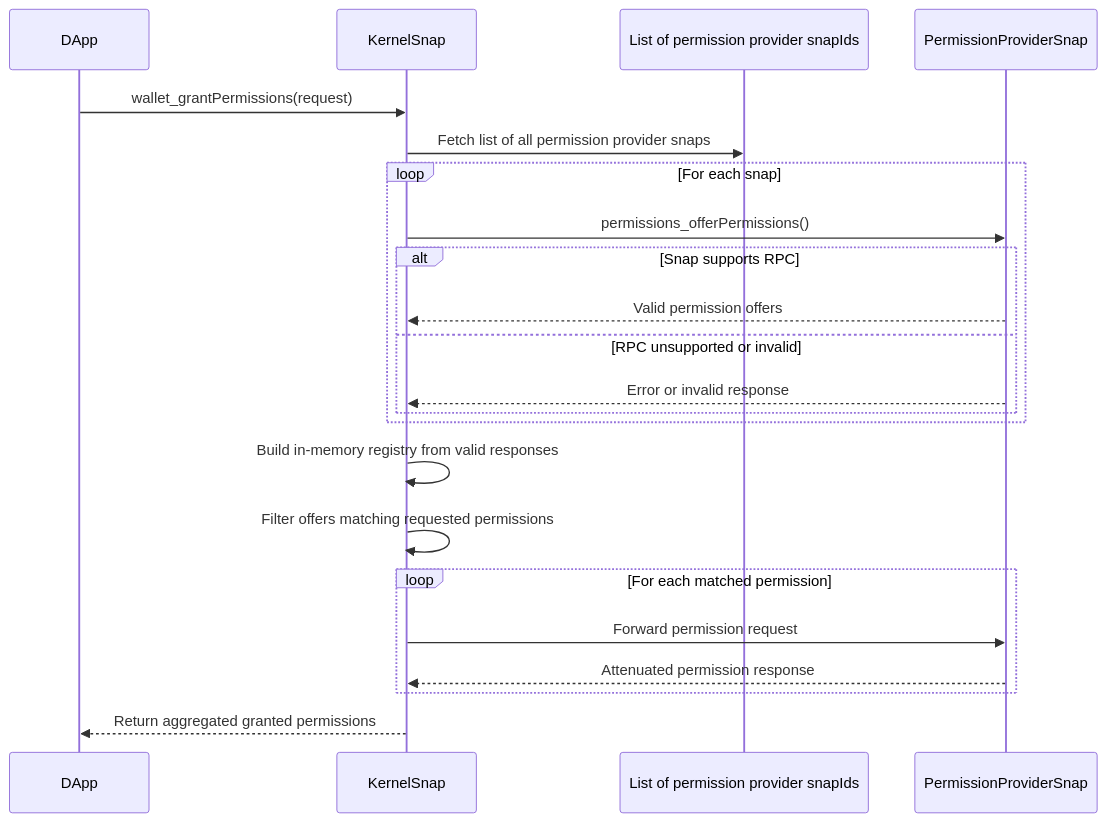
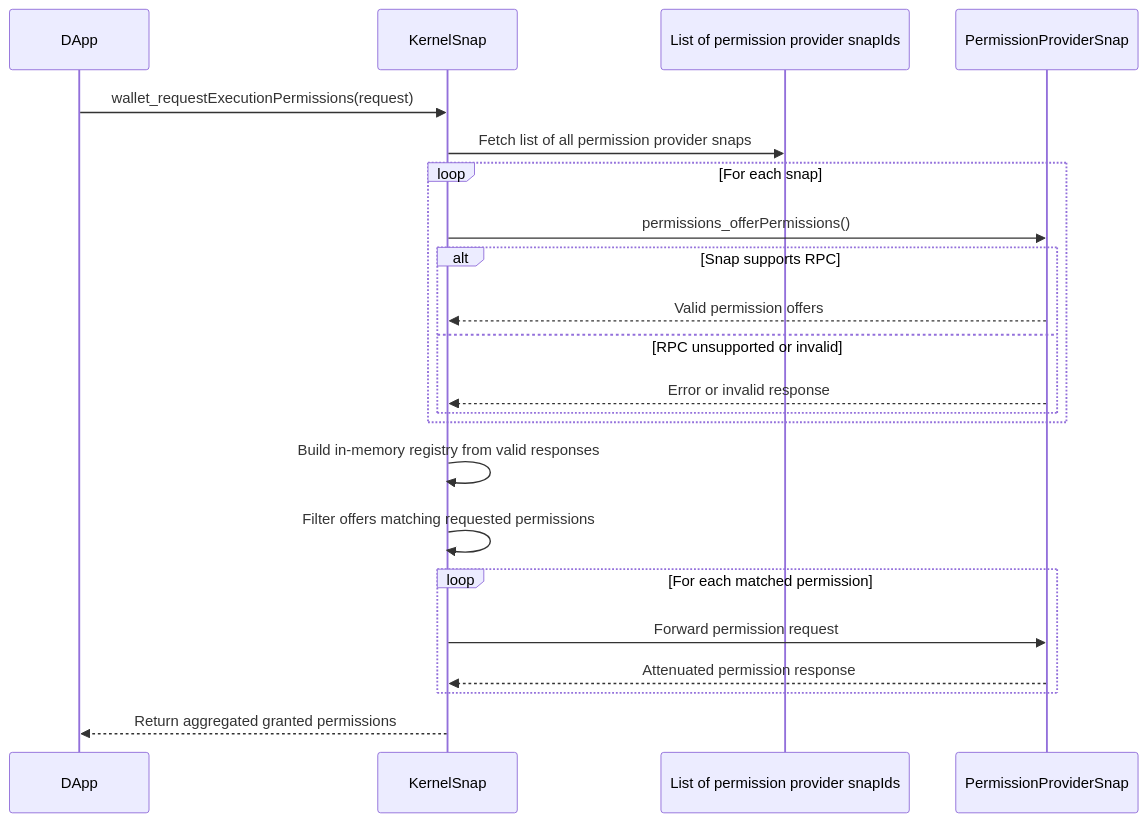
The diagram in packages/permissions-kernel-snap/docs/ephemeralPermissionsOfferRegistry.md (MetaMask/snap-7715-permissions), drawn with Mermaid before and after one commit. The commit also changed other lines of this file and 5 other files, not shown here.

````diff
--- a/packages/permissions-kernel-snap/docs/ephemeralPermissionsOfferRegistry.md
+++ b/packages/permissions-kernel-snap/docs/ephemeralPermissionsOfferRegistry.md
@@ -14,30 +14,30 @@
 ```mermaid
 sequenceDiagram
   participant DApp
   participant KernelSnap
   participant List of permission provider snapIds
   participant PermissionProviderSnap
 
-  DApp->>KernelSnap: wallet_grantPermissions(request)
+  DApp->>KernelSnap: wallet_requestExecutionPermissions(request)
   KernelSnap->>List of permission provider snapIds: Fetch list of all permission provider snaps
 
   loop For each snap
     KernelSnap->>PermissionProviderSnap: permissions_offerPermissions()
     alt Snap supports RPC
       PermissionProviderSnap-->>KernelSnap: Valid permission offers
     else RPC unsupported or invalid
       PermissionProviderSnap-->>KernelSnap: Error or invalid response
     end
   end
 
   KernelSnap->>KernelSnap: Build in-memory registry from valid responses
 
   KernelSnap->>KernelSnap: Filter offers matching requested permissions
 
   loop For each matched permission
     KernelSnap->>PermissionProviderSnap: Forward permission request
     PermissionProviderSnap-->>KernelSnap: Attenuated permission response
   end
 
   KernelSnap-->>DApp: Return aggregated granted permissions
 ```
````
